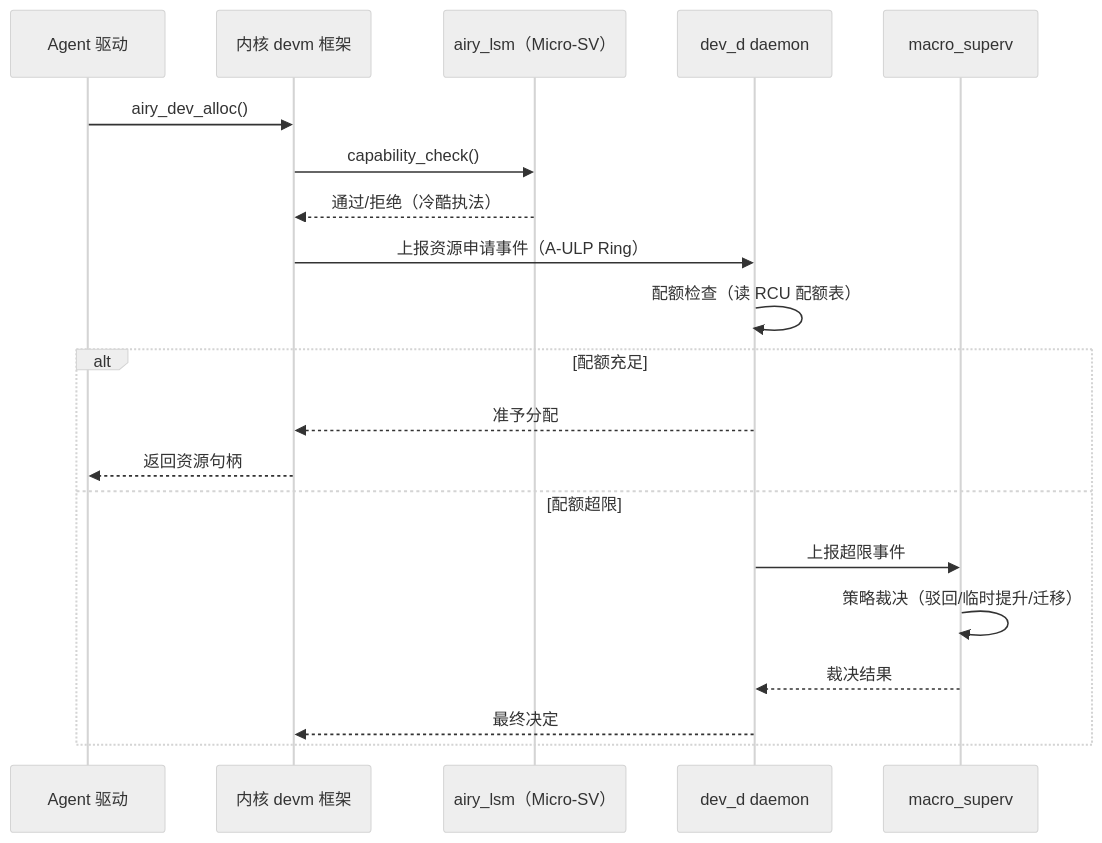
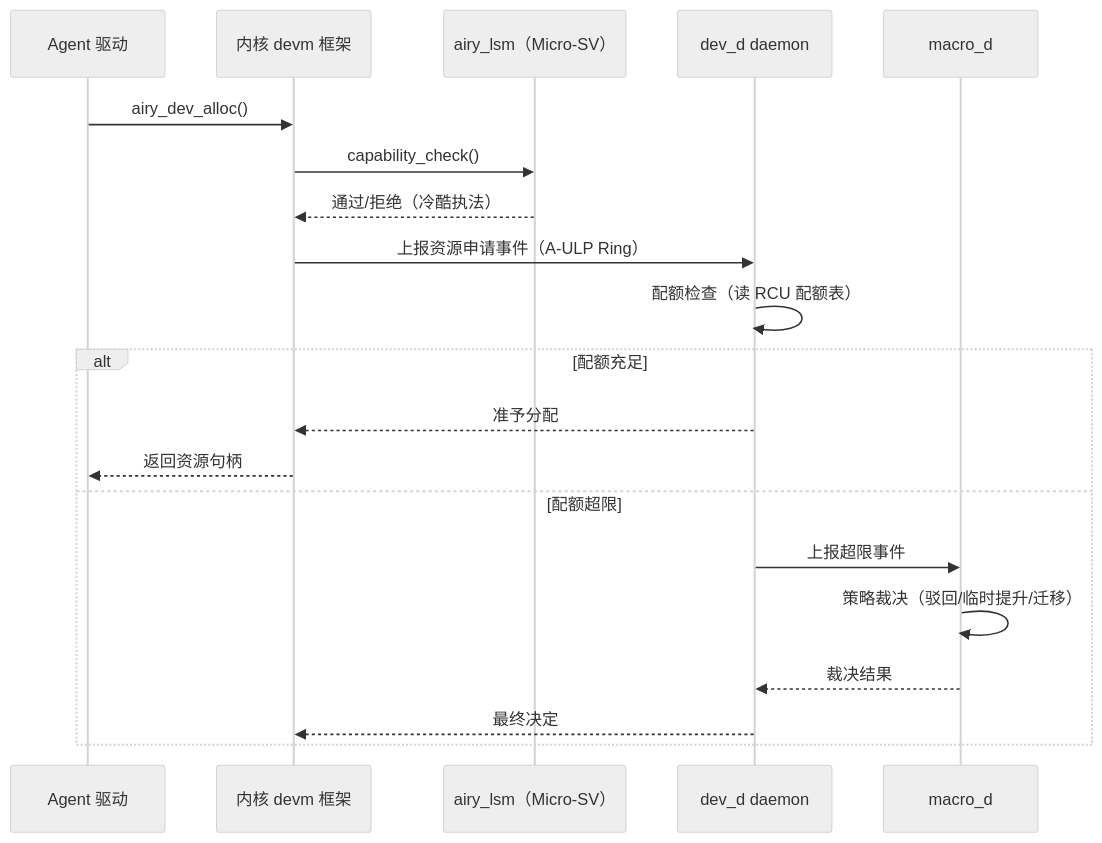
One commit to openairymax/docs changed the third of 5 diagrams in AirymaxOS/60-driver-model/03-devm-resource.md. Above: the diagram before and after it, drawn with Mermaid (neutral theme). The commit also changed other lines of this file and 29 other files, not shown here.

````diff
--- a/AirymaxOS/60-driver-model/03-devm-resource.md
+++ b/AirymaxOS/60-driver-model/03-devm-resource.md
@@ -285,22 +285,22 @@
 ```mermaid
 sequenceDiagram
     participant A as Agent 驱动
     participant K as 内核 devm 框架
     participant L as airy_lsm（Micro-SV）
     participant D as dev_d daemon
-    participant M as macro_superv
+    participant M as macro_d
     A->>K: airy_dev_alloc()
     K->>L: capability_check()
     L-->>K: 通过/拒绝（冷酷执法）
     K->>D: 上报资源申请事件（A-ULP Ring）
     D->>D: 配额检查（读 RCU 配额表）
     alt 配额充足
         D-->>K: 准予分配
         K-->>A: 返回资源句柄
     else 配额超限
         D->>M: 上报超限事件
         M->>M: 策略裁决（驳回/临时提升/迁移）
         M-->>D: 裁决结果
         D-->>K: 最终决定
     end
 ```
````
